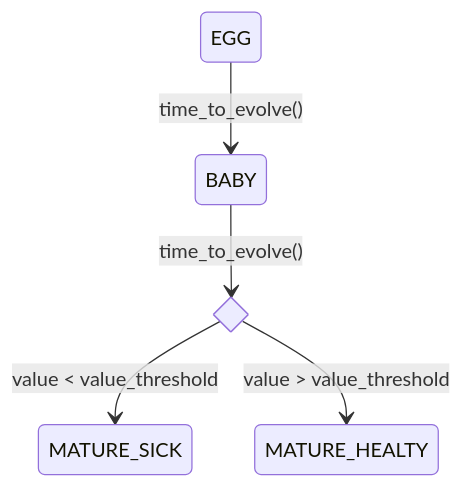
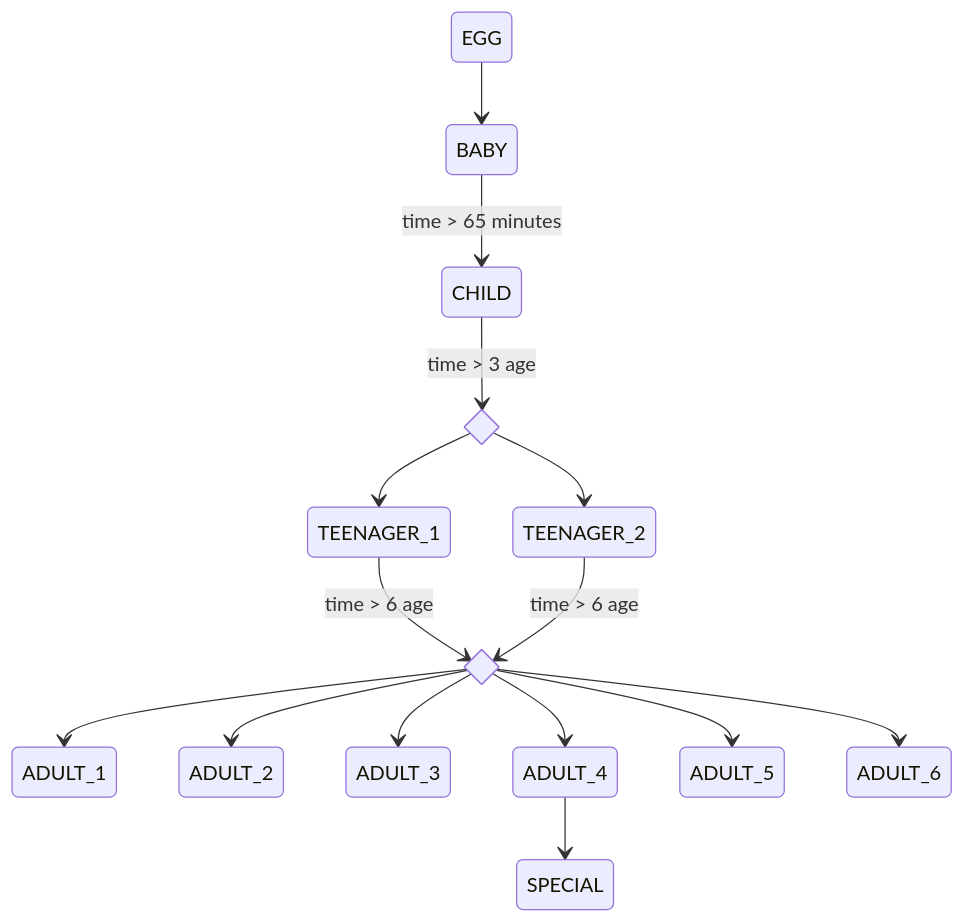
The first of 4 diagrams in Tamagotchi.md (adebiasi/tamagotchi), drawn with Mermaid before and after one commit. The commit also changed other lines of this file, not shown here.

````diff
--- a/Tamagotchi.md
+++ b/Tamagotchi.md
@@ -2,8 +2,19 @@
 ```mermaid
   stateDiagram-v2
-    state if_state <<choice>>
-    EGG --> BABY: time_to_evolve()
-    BABY --> if_state: time_to_evolve()
-    if_state --> MATURE_SICK: value < value_threshold
-    if_state --> MATURE_HEALTY: value > value_threshold
+    state TEEN_CHOICE <<choice>>
+    state ADULT_CHOICE <<choice>>
+    EGG --> BABY
+    BABY --> CHILD: time > 65 minutes
+    CHILD --> TEEN_CHOICE: time > 3 age
+    TEEN_CHOICE --> TEENAGER_1
+    TEEN_CHOICE --> TEENAGER_2
+    TEENAGER_1 --> ADULT_CHOICE: time > 6 age
+    TEENAGER_2 --> ADULT_CHOICE: time > 6 age
+    ADULT_CHOICE --> ADULT_1
+    ADULT_CHOICE --> ADULT_2
+    ADULT_CHOICE --> ADULT_3
+    ADULT_CHOICE --> ADULT_4
+    ADULT_4 --> SPECIAL
+    ADULT_CHOICE --> ADULT_5
+    ADULT_CHOICE --> ADULT_6
 ```
````
